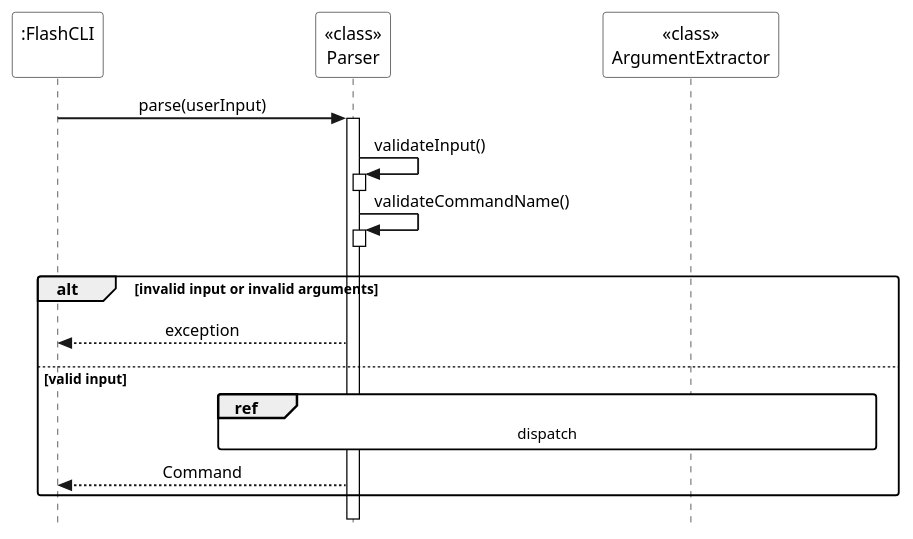
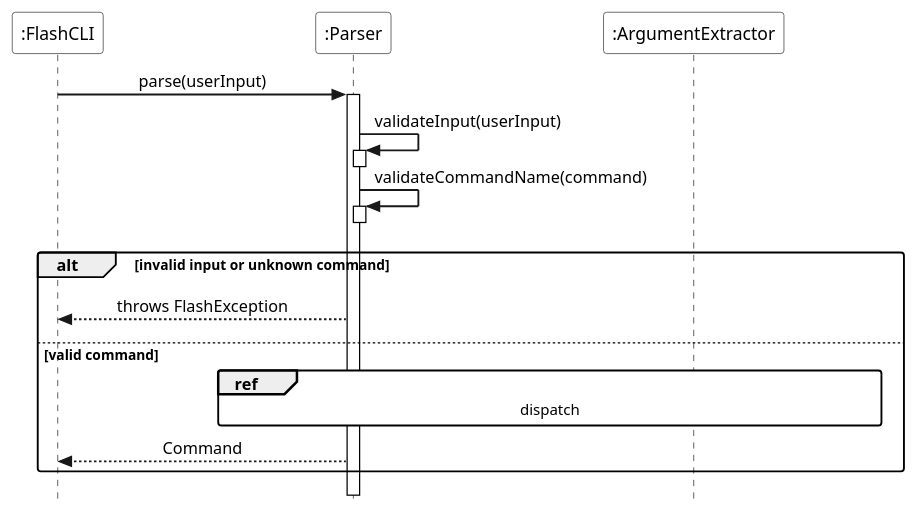
Before and after one commit to yqzzy/tp: the diagram in docs/diagrams/parser-sequence.puml, drawn with PlantUML. The commit also changed 4 other files, not shown here.

Commit message:
Fix Parser sequence diagram to include call to command

```diff
--- a/docs/diagrams/parser-sequence.puml
+++ b/docs/diagrams/parser-sequence.puml
@@ -1,43 +1,43 @@
 @startuml parser_main
 !pragma teoz true
 hide footbox
 skinparam sequenceMessageAlign center
 skinparam ParticipantPadding 80
 skinparam style strictuml
 skinparam SequenceGroupBodyBackgroundColor transparent
 skinparam SequenceReferenceBackgroundColor white
 skinparam sequenceArrowThickness 1.5
 skinparam roundcorner 5
 skinparam SequenceBoxBackgroundColor transparent
 skinparam sequenceParticipantBackgroundColor white
 skinparam sequenceLifeLineBorderColor black
 
-participant ":FlashCLI\n" as FlashCLI
-participant "<<class>>\nParser" as Parser
-participant "<<class>>\nArgumentExtractor" as ArgumentExtractor
+participant ":FlashCLI" as FlashCLI
+participant ":Parser" as Parser
+participant ":ArgumentExtractor" as ArgumentExtractor
 
 FlashCLI -> Parser : parse(userInput)
 activate Parser
 
-Parser -> Parser : validateInput()
+Parser -> Parser : validateInput(userInput)
 activate Parser
 deactivate Parser
 
-Parser -> Parser : validateCommandName()
+Parser -> Parser : validateCommandName(command)
 activate Parser
 deactivate Parser
 
 |||
 
-alt invalid input or invalid arguments
-    Parser --> FlashCLI : exception
-else valid input
+alt invalid input or unknown command
+    Parser --> FlashCLI : throws FlashException
+else valid command
     ref over Parser, ArgumentExtractor
         dispatch
     end ref
 
     Parser --> FlashCLI : Command
 end
 
 deactivate Parser
 @enduml
```
